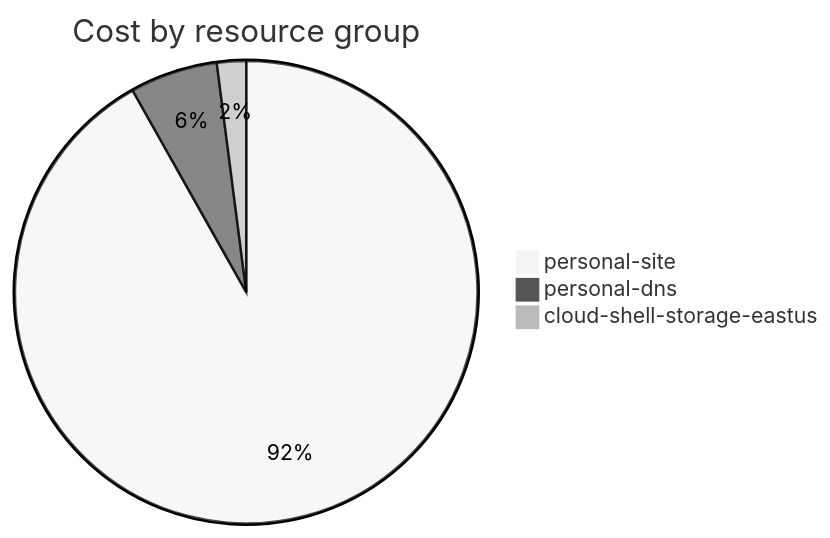
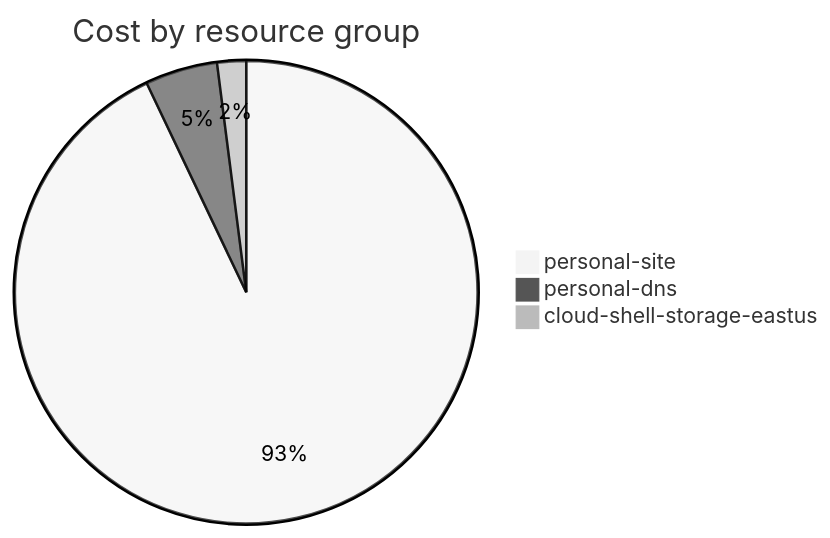
Before and after one commit to jpfulton/azure-personal-reports: the fourth of 4 diagrams in cost-reports/accumulated-cost.md, drawn with Mermaid (neutral theme). The commit also changed other lines of this file and 4 other files, not shown here.

````diff
--- a/cost-reports/accumulated-cost.md
+++ b/cost-reports/accumulated-cost.md
@@ -137,7 +139,7 @@
 ```mermaid
 pie
    title Cost by resource group
-   "personal-site" : 0.45
-   "personal-dns" : 0.03
-   "cloud-shell-storage-eastus" : 0.01
+   "personal-site" : 0.92
+   "personal-dns" : 0.05
+   "cloud-shell-storage-eastus" : 0.02
 ```
````
